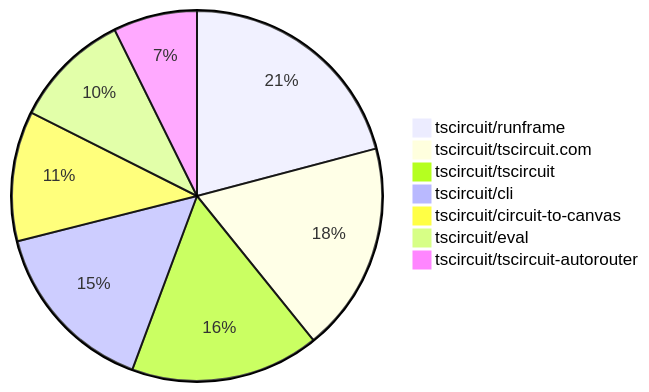
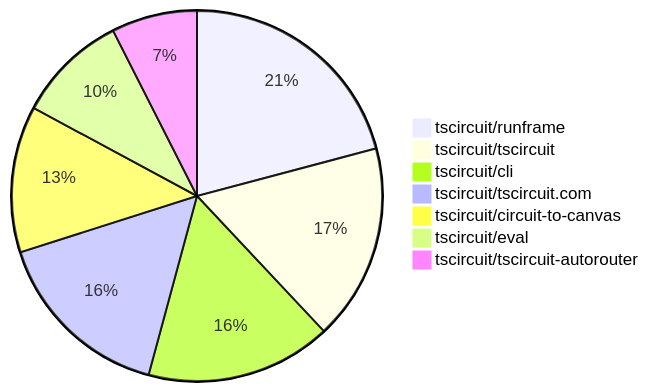
One commit to tscircuit/contribution-tracker changed the second of 2 diagrams in README.md. Above: the diagram before and after it, drawn with Mermaid. The commit also changed other lines of this file and 3 other files, not shown here.

````diff
--- a/README.md
+++ b/README.md
@@ -121,10 +126,10 @@
 ```mermaid
 pie
-    "tscircuit/runframe" : 57
-    "tscircuit/tscircuit.com" : 50
-    "tscircuit/tscircuit" : 45
-    "tscircuit/cli" : 42
-    "tscircuit/circuit-to-canvas" : 31
-    "tscircuit/eval" : 28
-    "tscircuit/tscircuit-autorouter" : 20
+    "tscircuit/runframe" : 67
+    "tscircuit/tscircuit" : 55
+    "tscircuit/cli" : 52
+    "tscircuit/tscircuit.com" : 51
+    "tscircuit/circuit-to-canvas" : 41
+    "tscircuit/eval" : 31
+    "tscircuit/tscircuit-autorouter" : 24
 ```
````
